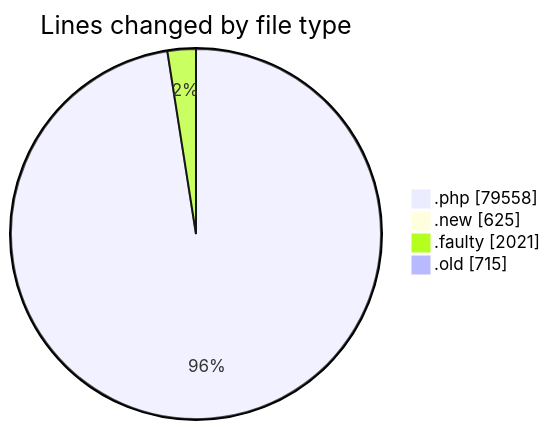
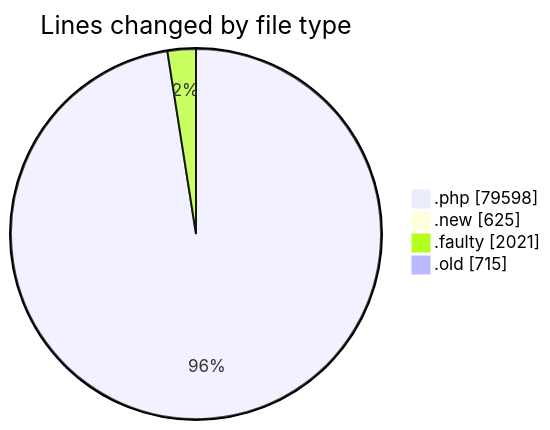
Before and after one commit to vahidmafi/code-tracking: the first of 2 diagrams in 2025-01-09/zeytoon/README.md, drawn with Mermaid. The commit also changed other lines of this file and 1 other file, not shown here.

````diff
--- a/2025-01-09/zeytoon/README.md
+++ b/2025-01-09/zeytoon/README.md
@@ -158,8 +159,8 @@
 ```mermaid
 pie showData
 title Lines changed by file type
-".php" : 79558
+".php" : 79598
 ".new" : 625
 ".faulty" : 2021
 ".old" : 715
 ```
````
